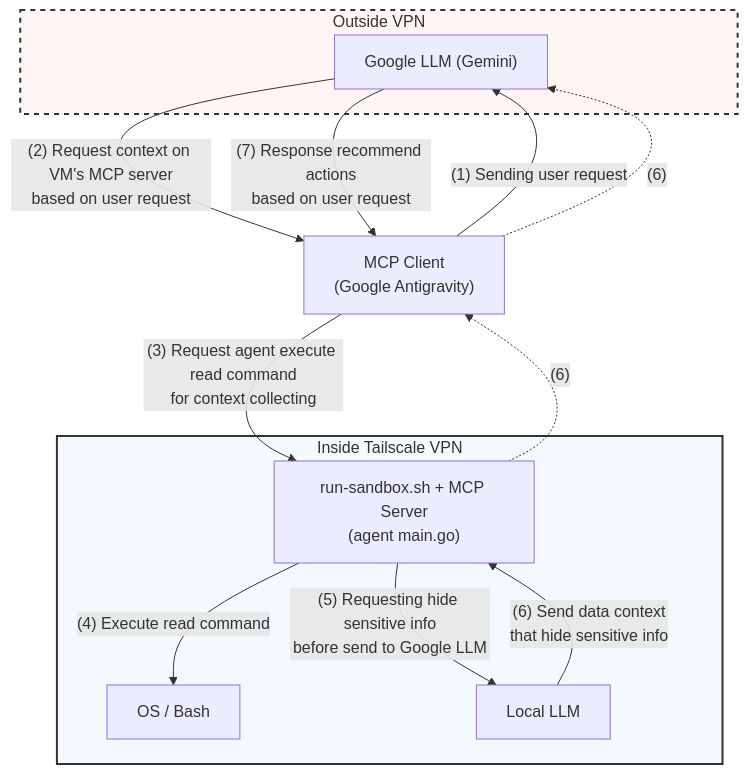
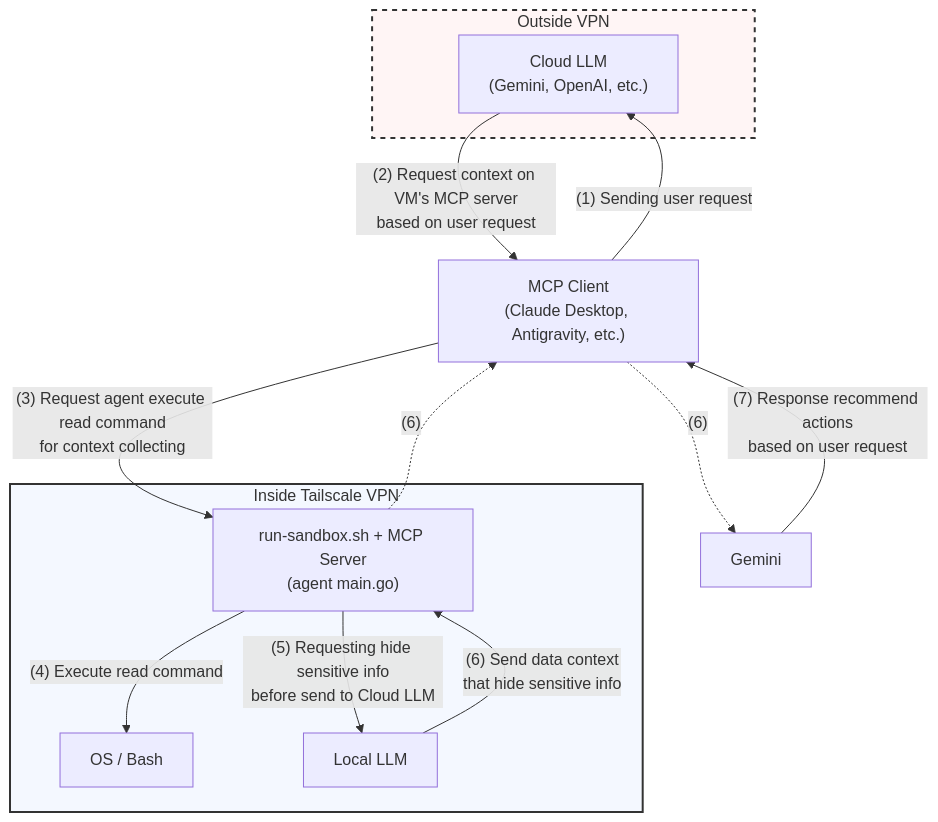
One commit to codeduy/mcp-sys-agent changed the first of 2 diagrams in README.md. Above: the diagram before and after it, drawn with Mermaid. The commit also changed other lines of this file, not shown here.

Commit message:
docs(readme): generalize architecture and data workflow for broader use cases

````diff
--- a/README.md
+++ b/README.md
@@ -8,32 +8,32 @@
 ```mermaid
 graph TD
     subgraph Outside ["Outside VPN"]
-        Gemini["Google LLM (Gemini)"]
+        CloudLLM["Cloud LLM<br>(Gemini, OpenAI, etc.)"]
     end
 
-    Client["MCP Client<br>(Google Antigravity)"]
+    Client["MCP Client<br>(Claude Desktop, Antigravity, etc.)"]
 
     subgraph VPN ["Inside Tailscale VPN"]
         Agent["run-sandbox.sh + MCP Server<br>(agent main.go)"]
         OS["OS / Bash"]
         LocalLLM["Local LLM"]
 
         Agent -->|"(4) Execute read command"| OS
-        Agent -->|"(5) Requesting hide sensitive info<br>before send to Google LLM"| LocalLLM
+        Agent -->|"(5) Requesting hide sensitive info<br>before send to Cloud LLM"| LocalLLM
         LocalLLM -->|"(6) Send data context<br>that hide sensitive info"| Agent
     end
 
     %% External and cross-VPN communication flow
-    Client -->|"(1) Sending user request"| Gemini
-    Gemini -->|"(2) Request context on VM's MCP server<br>based on user request"| Client
+    Client -->|"(1) Sending user request"| CloudLLM
+    CloudLLM -->|"(2) Request context on VM's MCP server<br>based on user request"| Client
     Client -->|"(3) Request agent execute read command<br>for context collecting"| Agent
     
     Agent -.->|"(6)"| Client
     Client -.->|"(6)"| Gemini
     
     Gemini -->|"(7) Response recommend actions<br>based on user request"| Client
 
     %% Background color
     style VPN fill:#f4f8ff,stroke:#333,stroke-width:2px
     style Outside fill:#fff5f5,stroke:#333,stroke-width:2px,stroke-dasharray: 5 5
 ```
````
